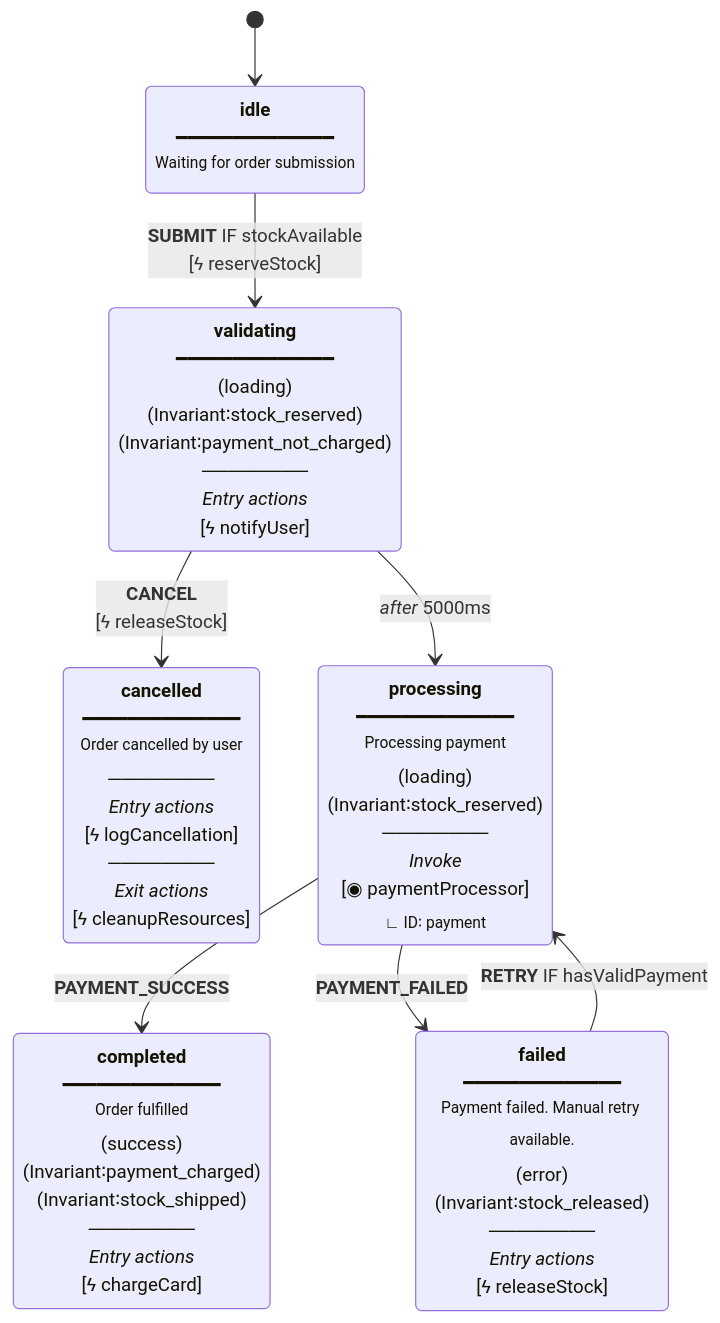
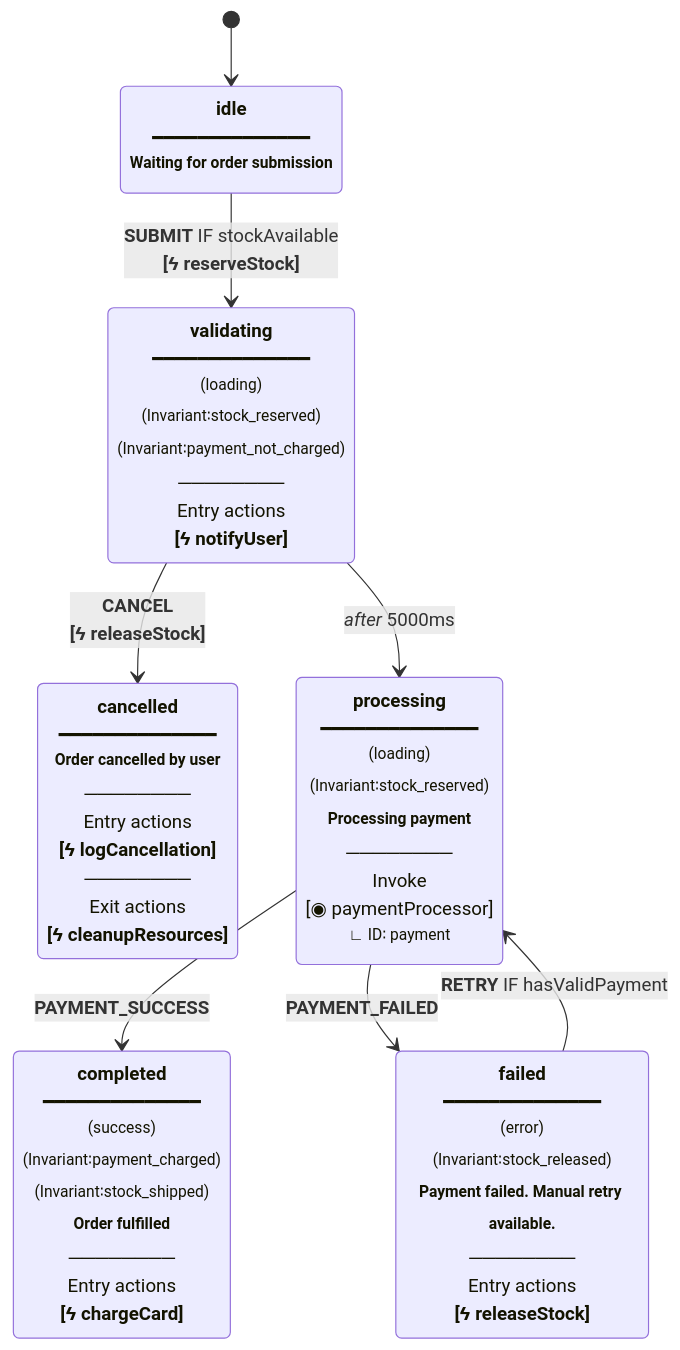
Before and after one commit to zitongcharliedeng/xstate-ts-to-mermaid: the diagram in README.md, drawn with Mermaid. The commit also changed other lines of this file and 2 other files, not shown here.

First line of the commit message:
style: bold actions, superscript tags/descriptions, normal section labels

````diff
--- a/README.md
+++ b/README.md
@@ -47,16 +48,16 @@
 ```mermaid
 stateDiagram-v2
     [*] --> idle
-    idle: <b>idle</b><br/>━━━━━━━━━━━━━━<br/><sup>Waiting for order submission</sup>
-    idle --> validating: <b>SUBMIT</b> IF stockAvailable<br/>[ϟ reserveStock]
-    validating: <b>validating</b><br/>━━━━━━━━━━━━━━<br/>(loading)<br/>(Invariant∶stock_reserved)<br/>(Invariant∶payment_not_charged)<br/>────────<br/><i>Entry actions</i><br/>[ϟ notifyUser]
-    validating --> cancelled: <b>CANCEL</b><br/>[ϟ releaseStock]
+    idle: <b>idle</b><br/>━━━━━━━━━━━━━━<br/><sup><b>Waiting for order submission</b></sup>
+    idle --> validating: <b>SUBMIT</b> IF stockAvailable<br/><b>[ϟ reserveStock]</b>
+    validating: <b>validating</b><br/>━━━━━━━━━━━━━━<br/><sup>(loading)</sup><br/><sup>(Invariant∶stock_reserved)</sup><br/><sup>(Invariant∶payment_not_charged)</sup><br/>────────<br/>Entry actions<br/><b>[ϟ notifyUser]</b>
+    validating --> cancelled: <b>CANCEL</b><br/><b>[ϟ releaseStock]</b>
     validating --> processing: <i>after</i> 5000ms
-    processing: <b>processing</b><br/>━━━━━━━━━━━━━━<br/><sup>Processing payment</sup><br/>(loading)<br/>(Invariant∶stock_reserved)<br/>────────<br/><i>Invoke</i><br/>[◉ paymentProcessor]<br/><sub>∟ ID∶ payment</sub>
+    processing: <b>processing</b><br/>━━━━━━━━━━━━━━<br/><sup>(loading)</sup><br/><sup>(Invariant∶stock_reserved)</sup><br/><sup><b>Processing payment</b></sup><br/>────────<br/>Invoke<br/>[◉ paymentProcessor]<br/><sup>∟ ID∶ payment</sup>
     processing --> completed: <b>PAYMENT_SUCCESS</b>
     processing --> failed: <b>PAYMENT_FAILED</b>
-    completed: <b>completed</b><br/>━━━━━━━━━━━━━━<br/><sup>Order fulfilled</sup><br/>(success)<br/>(Invariant∶payment_charged)<br/>(Invariant∶stock_shipped)<br/>────────<br/><i>Entry actions</i><br/>[ϟ chargeCard]
-    failed: <b>failed</b><br/>━━━━━━━━━━━━━━<br/><sup>Payment failed. Manual retry available.</sup><br/>(error)<br/>(Invariant∶stock_released)<br/>────────<br/><i>Entry actions</i><br/>[ϟ releaseStock]
+    completed: <b>completed</b><br/>━━━━━━━━━━━━━━<br/><sup>(success)</sup><br/><sup>(Invariant∶payment_charged)</sup><br/><sup>(Invariant∶stock_shipped)</sup><br/><sup><b>Order fulfilled</b></sup><br/>────────<br/>Entry actions<br/><b>[ϟ chargeCard]</b>
+    failed: <b>failed</b><br/>━━━━━━━━━━━━━━<br/><sup>(error)</sup><br/><sup>(Invariant∶stock_released)</sup><br/><sup><b>Payment failed. Manual retry available.</b></sup><br/>────────<br/>Entry actions<br/><b>[ϟ releaseStock]</b>
     failed --> processing: <b>RETRY</b> IF hasValidPayment
-    cancelled: <b>cancelled</b><br/>━━━━━━━━━━━━━━<br/><sup>Order cancelled by user</sup><br/>────────<br/><i>Entry actions</i><br/>[ϟ logCancellation]<br/>────────<br/><i>Exit actions</i><br/>[ϟ cleanupResources]
+    cancelled: <b>cancelled</b><br/>━━━━━━━━━━━━━━<br/><sup><b>Order cancelled by user</b></sup><br/>────────<br/>Entry actions<br/><b>[ϟ logCancellation]</b><br/>────────<br/>Exit actions<br/><b>[ϟ cleanupResources]</b>
 ```
````
